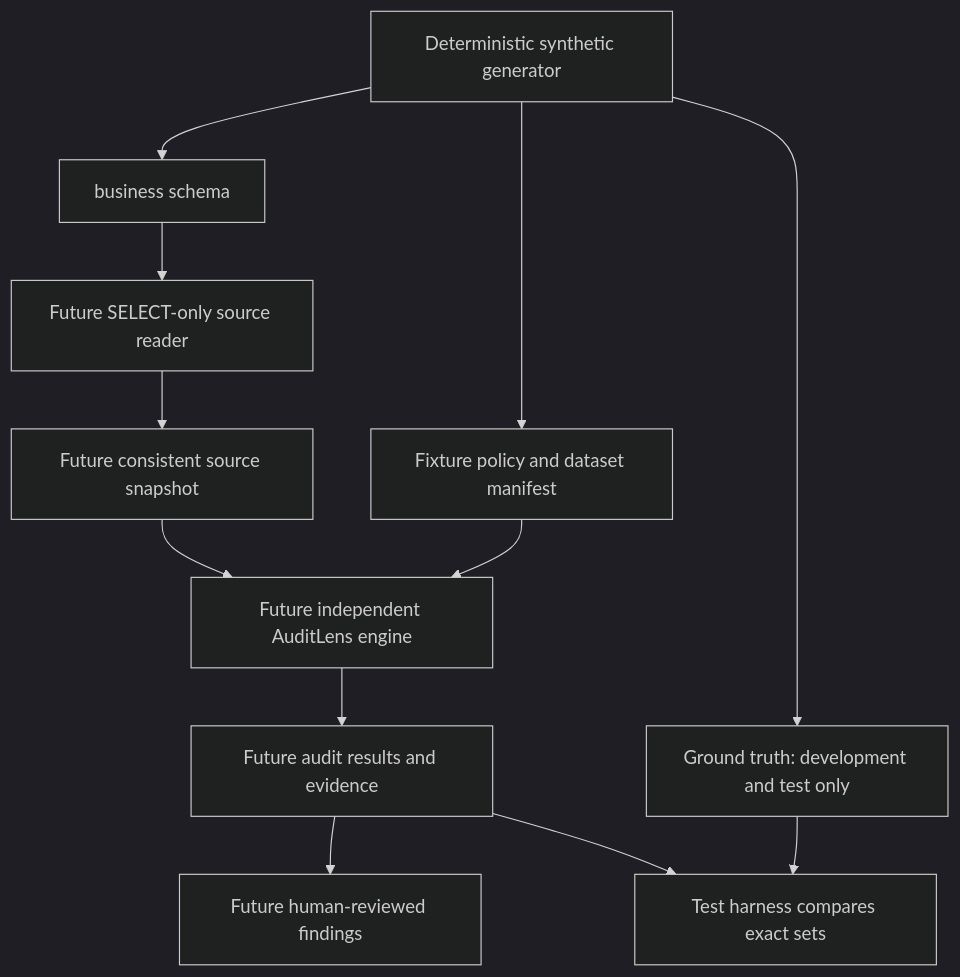
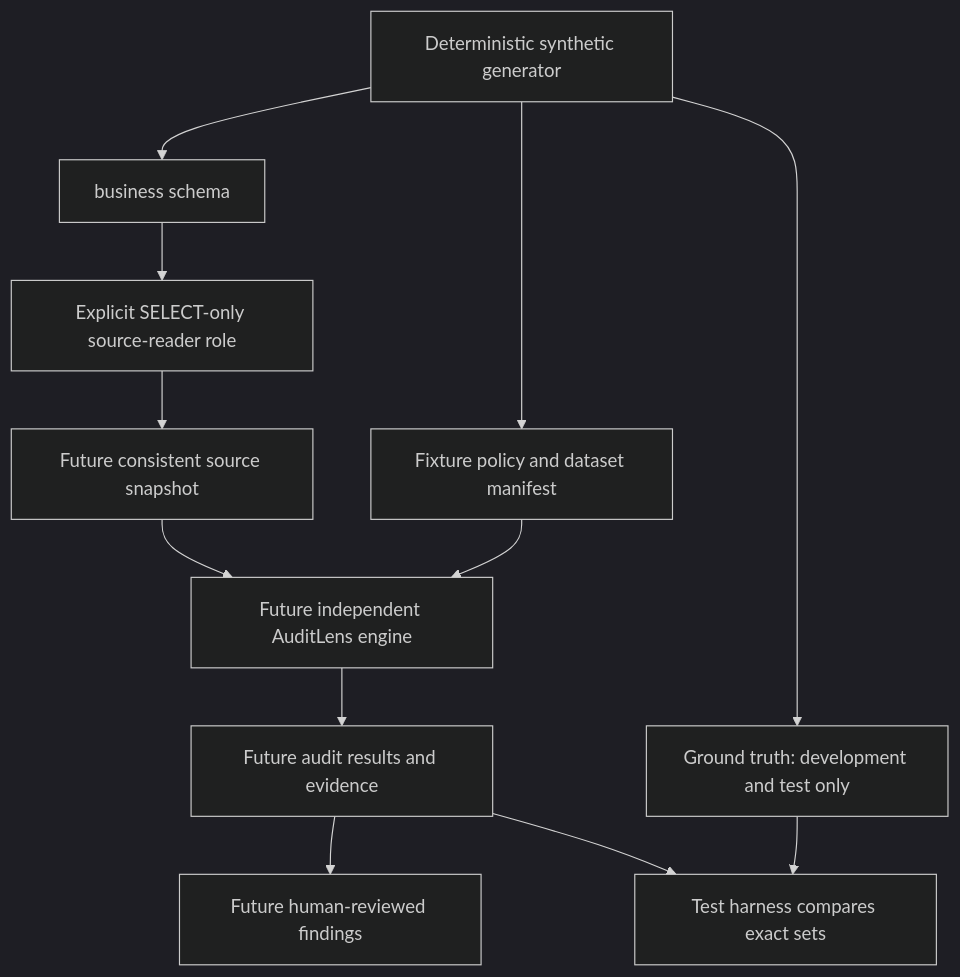
The first of 2 diagrams in docs/18-DATA-LINEAGE.md (wallsieiswallsie/AuditLens), drawn with Mermaid (dark theme) before and after one commit. The commit also changed other lines of this file and 47 other files, not shown here.

Commit message:
feat: add safe database inspection and source reader provisioning

````diff
--- a/docs/18-DATA-LINEAGE.md
+++ b/docs/18-DATA-LINEAGE.md
@@ -5,14 +7,14 @@
 ```mermaid
 flowchart TD
   Generator["Deterministic synthetic generator"] --> Source["business schema"]
   Generator --> Policy["Fixture policy and dataset manifest"]
   Generator --> Truth["Ground truth: development and test only"]
-  Source --> Reader["Future SELECT-only source reader"]
+  Source --> Reader["Explicit SELECT-only source-reader role"]
   Reader --> Snapshot["Future consistent source snapshot"]
   Snapshot --> Engine["Future independent AuditLens engine"]
   Policy --> Engine
   Engine --> Results["Future audit results and evidence"]
   Results --> Findings["Future human-reviewed findings"]
   Truth --> Benchmark["Test harness compares exact sets"]
   Results --> Benchmark
 ```
````
